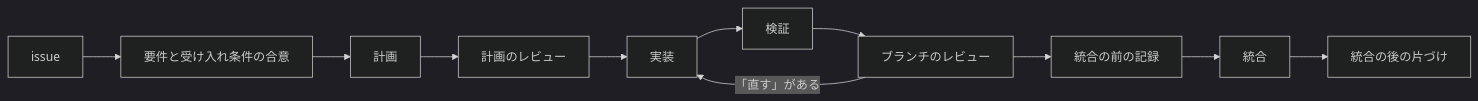
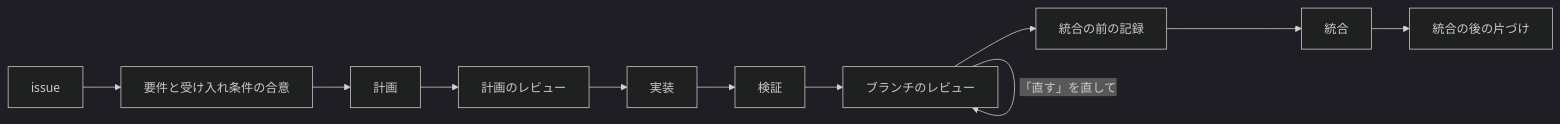
One commit to arkrtm/dotfiles changed the diagram in config/agents/WORKFLOW.md. Above: the diagram before and after it, drawn with Mermaid (dark theme). The commit also changed other lines of this file, not shown here.

````diff
--- a/config/agents/WORKFLOW.md
+++ b/config/agents/WORKFLOW.md
@@ -12,5 +12,5 @@
 ```mermaid
 flowchart LR
   A[issue] --> B[要件と受け入れ条件の合意] --> C[計画] --> D[計画のレビュー] --> E[実装] --> F[検証] --> G[ブランチのレビュー] --> H[統合の前の記録] --> I[統合] --> J[統合の後の片づけ]
-  G -- 「直す」がある --> E
+  G -- 「直す」を直して --> G
 ```
````
